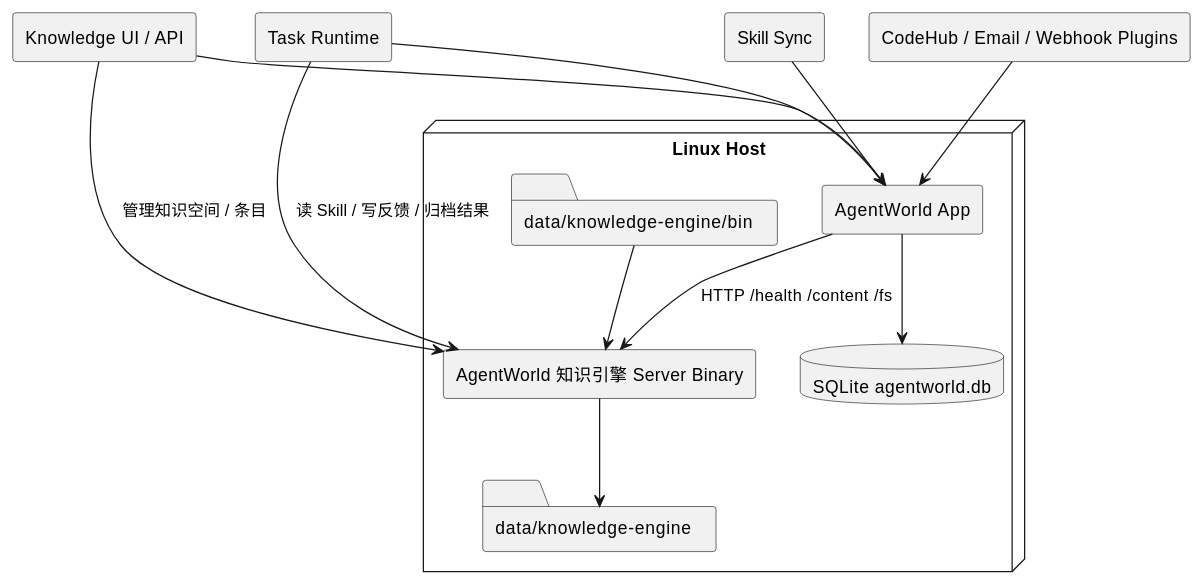
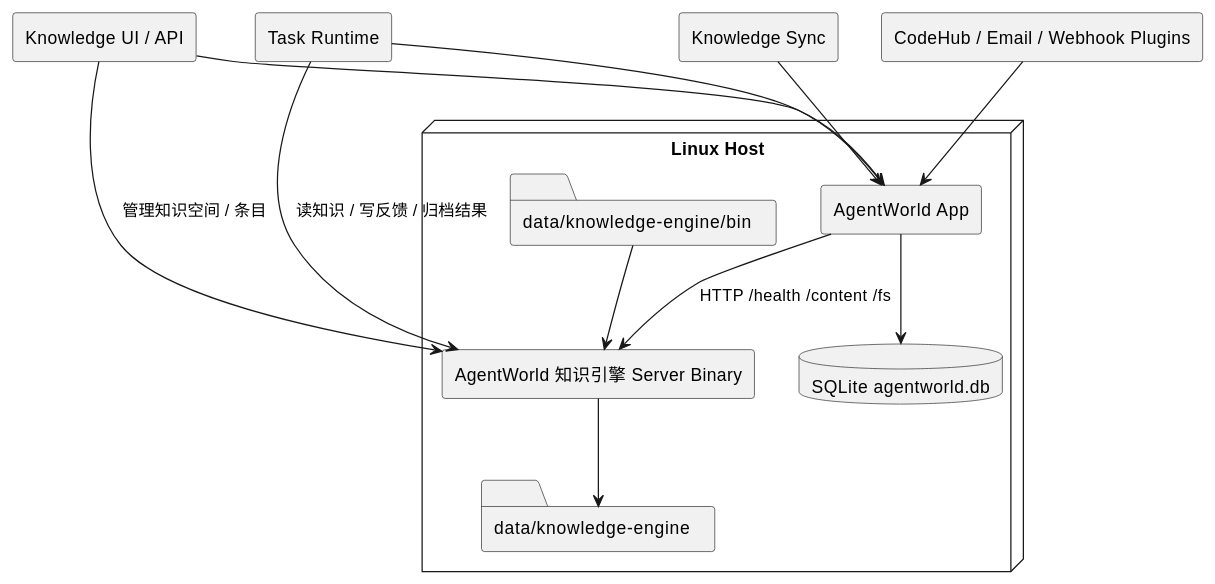
Before and after one commit to SimonMing47/agent-world: the fifth of 5 diagrams in docs/system-design-detailed.zh-CN.md, drawn with PlantUML. The commit also changed other lines of this file and 35 other files, not shown here.

````diff
--- a/docs/system-design-detailed.zh-CN.md
+++ b/docs/system-design-detailed.zh-CN.md
@@ -458,30 +458,30 @@
 ```plantuml
 @startuml
 skinparam componentStyle rectangle
 
 node "Linux Host" {
   component "AgentWorld App" as App
   component "AgentWorld 知识引擎 Server Binary" as OV
   database "SQLite agentworld.db" as DB
   folder "data/knowledge-engine" as OVData
   folder "data/knowledge-engine/bin" as ThirdParty
 }
 
 component "Knowledge UI / API" as KnowledgeUI
-component "Skill Sync" as SkillSync
+component "Knowledge Sync" as KnowledgeSync
 component "Task Runtime" as TaskRuntime
 component "CodeHub / Email / Webhook Plugins" as Plugins
 
 KnowledgeUI --> App
-SkillSync --> App
+KnowledgeSync --> App
 TaskRuntime --> App
 Plugins --> App
 
 App --> DB
 App --> OV : HTTP /health /content /fs
 OV --> OVData
 ThirdParty --> OV
-TaskRuntime --> OV : 读 Skill / 写反馈 / 归档结果
+TaskRuntime --> OV : 读知识 / 写反馈 / 归档结果
 KnowledgeUI --> OV : 管理知识空间 / 条目
 @enduml
 ```
````
